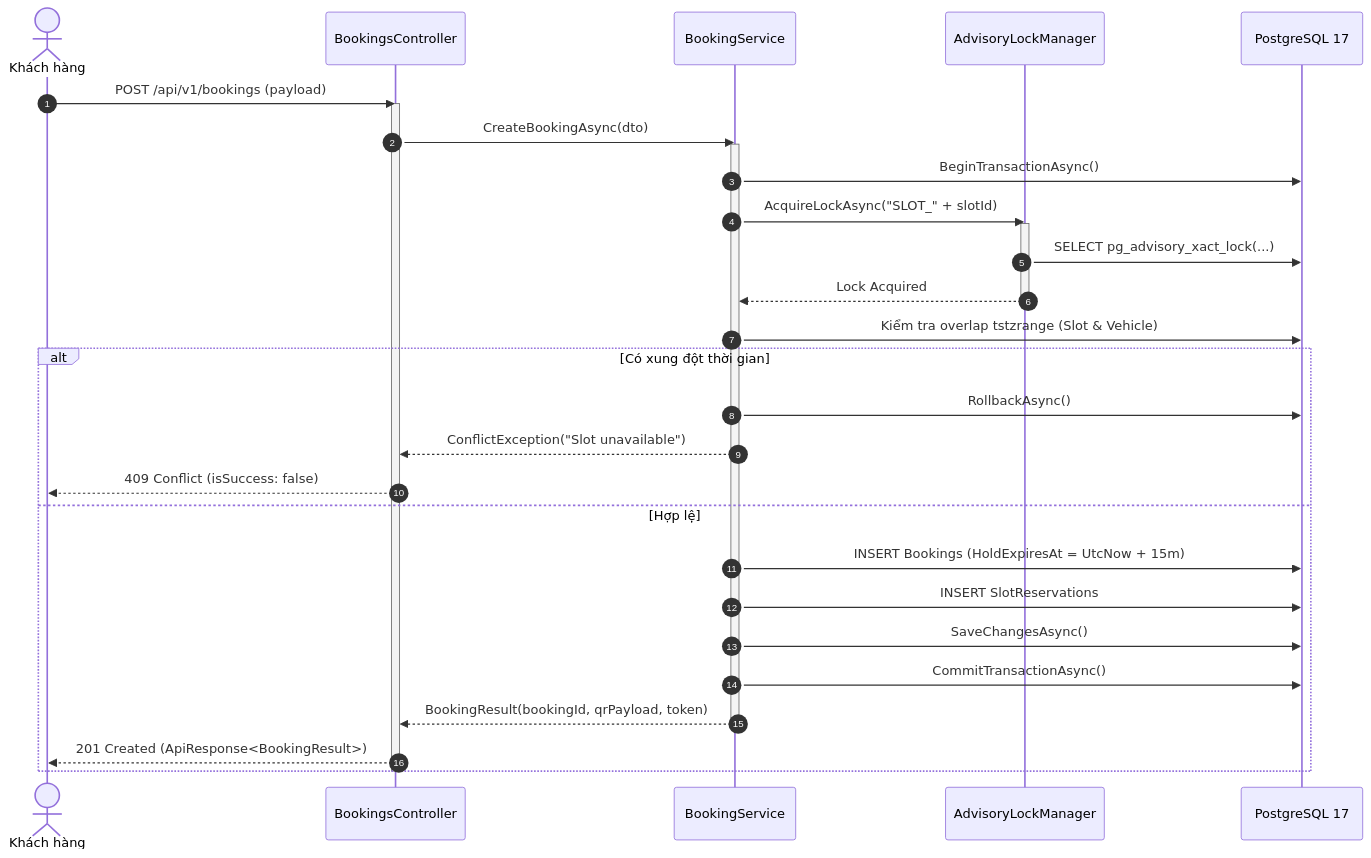
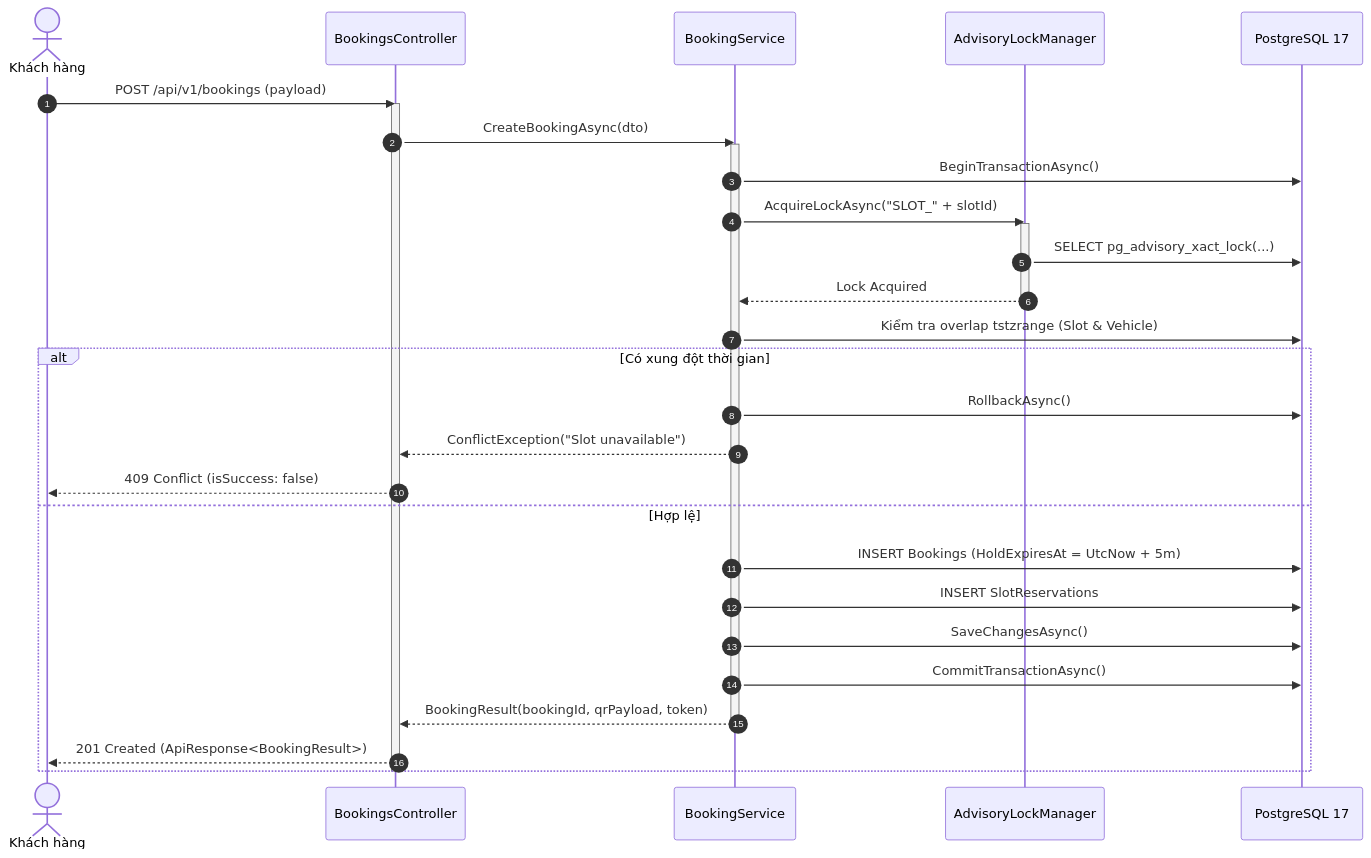
One commit to LittileMonkey/Parking3D changed the second of 2 diagrams in docs/05-API.md. Above: the diagram before and after it, drawn with Mermaid. The commit also changed other lines of this file and 6 other files, not shown here.

````diff
--- a/docs/05-API.md
+++ b/docs/05-API.md
@@ -167,37 +167,37 @@
 ```mermaid
 sequenceDiagram
     autonumber
     actor Customer as Khách hàng
     participant Controller as BookingsController
     participant Service as BookingService
     participant LockMgr as AdvisoryLockManager
     participant DB as PostgreSQL 17
 
     Customer->>Controller: POST /api/v1/bookings (payload)
     activate Controller
     Controller->>Service: CreateBookingAsync(dto)
     activate Service
 
     Service->>DB: BeginTransactionAsync()
     Service->>LockMgr: AcquireLockAsync("SLOT_" + slotId)
     activate LockMgr
     LockMgr->>DB: SELECT pg_advisory_xact_lock(...)
     LockMgr-->>Service: Lock Acquired
     deactivate LockMgr
 
     Service->>DB: Kiểm tra overlap tstzrange (Slot & Vehicle)
     alt Có xung đột thời gian
         Service->>DB: RollbackAsync()
         Service-->>Controller: ConflictException("Slot unavailable")
         Controller-->>Customer: 409 Conflict (isSuccess: false)
     else Hợp lệ
-        Service->>DB: INSERT Bookings (HoldExpiresAt = UtcNow + 15m)
+        Service->>DB: INSERT Bookings (HoldExpiresAt = UtcNow + 5m)
         Service->>DB: INSERT SlotReservations
         Service->>DB: SaveChangesAsync()
         Service->>DB: CommitTransactionAsync()
         Service-->>Controller: BookingResult(bookingId, qrPayload, token)
         deactivate Service
         Controller-->>Customer: 201 Created (ApiResponse<BookingResult>)
     end
     deactivate Controller
 ```
````
